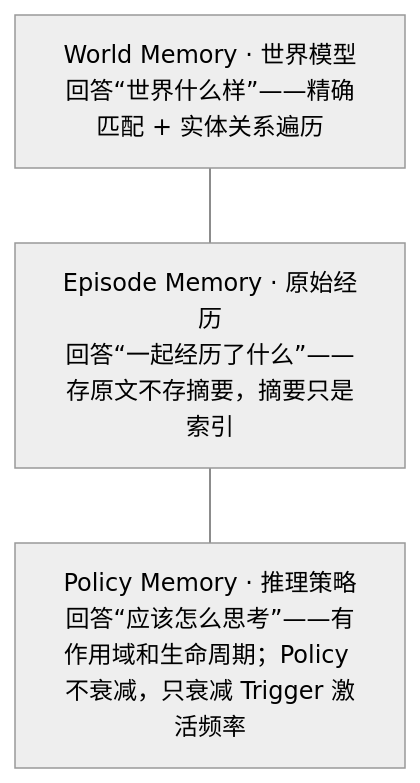
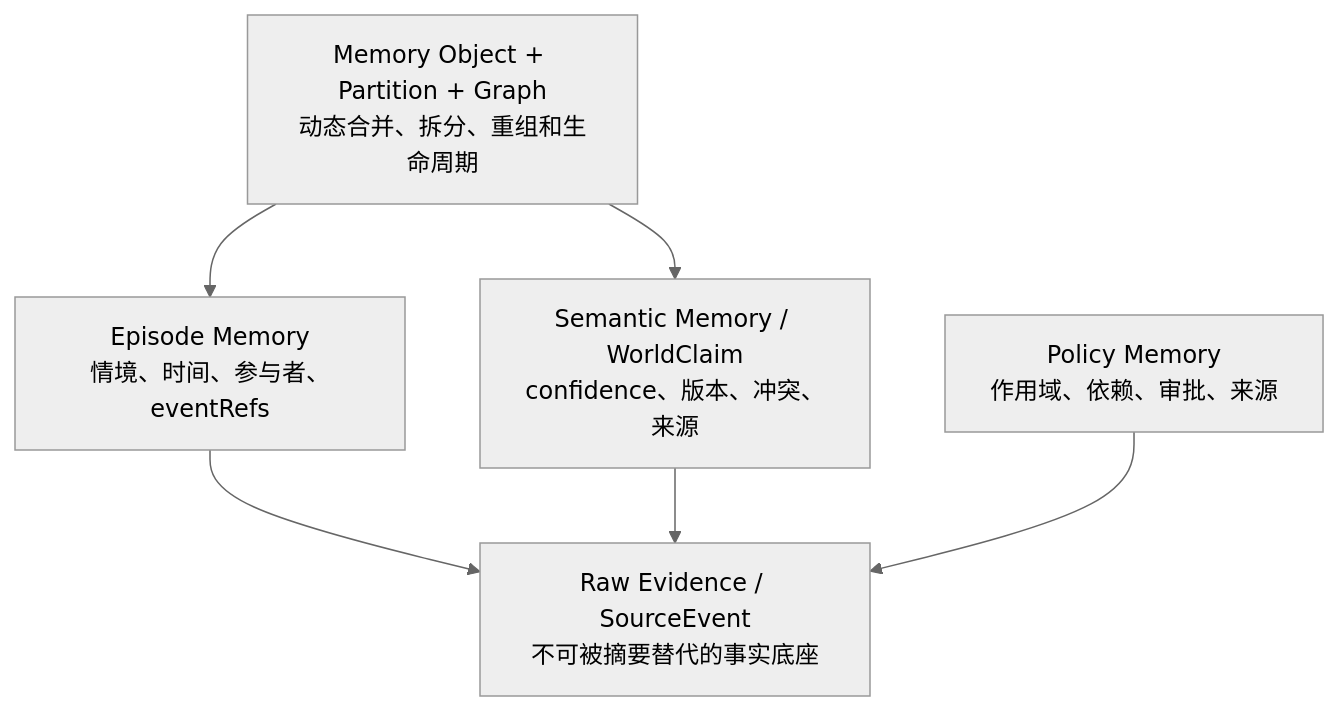
One commit to MattSureham/memoryd changed the second of 3 diagrams in README.md. Above: the diagram before and after it, drawn with Mermaid (neutral theme). The commit also changed other lines of this file and 34 other files, not shown here.

Commit message:
feat: add adaptive self-evolving memory architecture

````diff
--- a/README.md
+++ b/README.md
@@ -29,7 +31,11 @@
 ```mermaid
 flowchart TB
-    W["World Memory · 世界模型<br/>回答“世界什么样”——精确匹配 + 实体关系遍历"]
-    E["Episode Memory · 原始经历<br/>回答“一起经历了什么”——存原文不存摘要，摘要只是索引"]
-    P["Policy Memory · 推理策略<br/>回答“应该怎么思考”——有作用域和生命周期；Policy 不衰减，只衰减 Trigger 激活频率"]
-    W --- E --- P
+    R["Raw Evidence / SourceEvent<br/>不可被摘要替代的事实底座"]
+    E["Episode Memory<br/>情境、时间、参与者、eventRefs"]
+    S["Semantic Memory / WorldClaim<br/>confidence、版本、冲突、来源"]
+    P["Policy Memory<br/>作用域、依赖、审批、来源"]
+    O["Memory Object + Partition + Graph<br/>动态合并、拆分、重组和生命周期"]
+    O --> E --> R
+    O --> S --> R
+    P --> R
 ```
````
